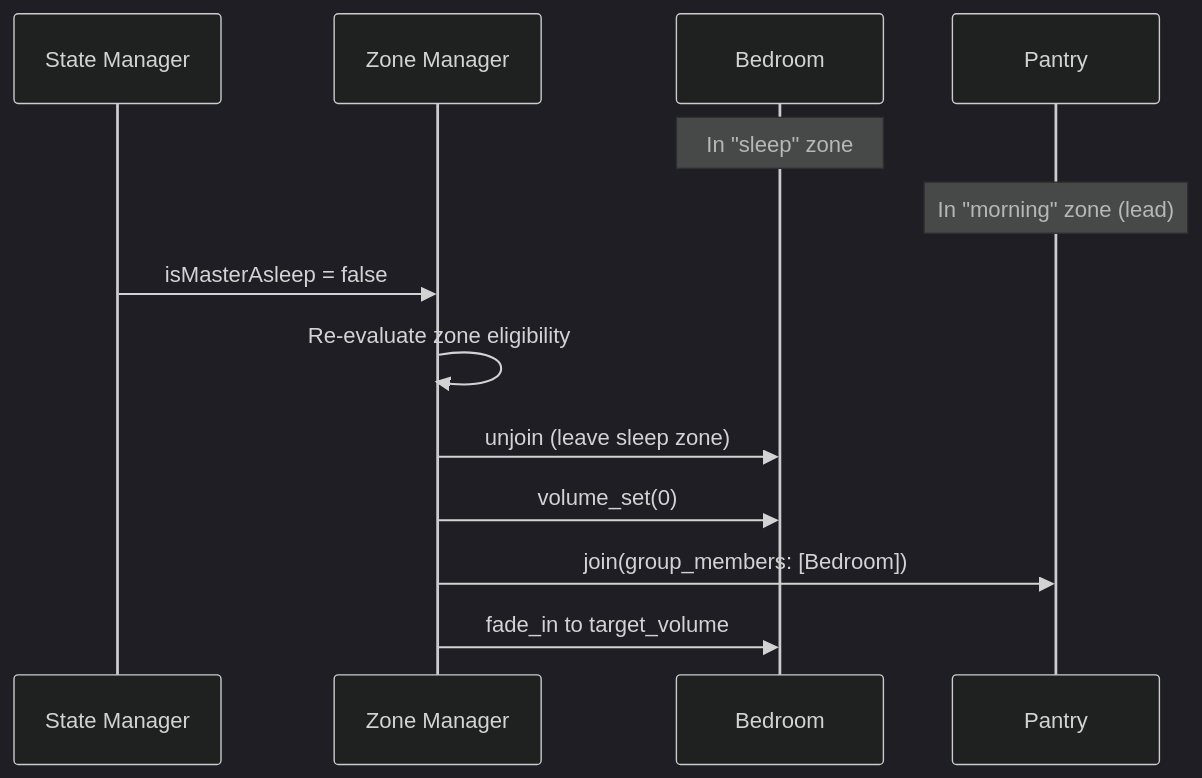
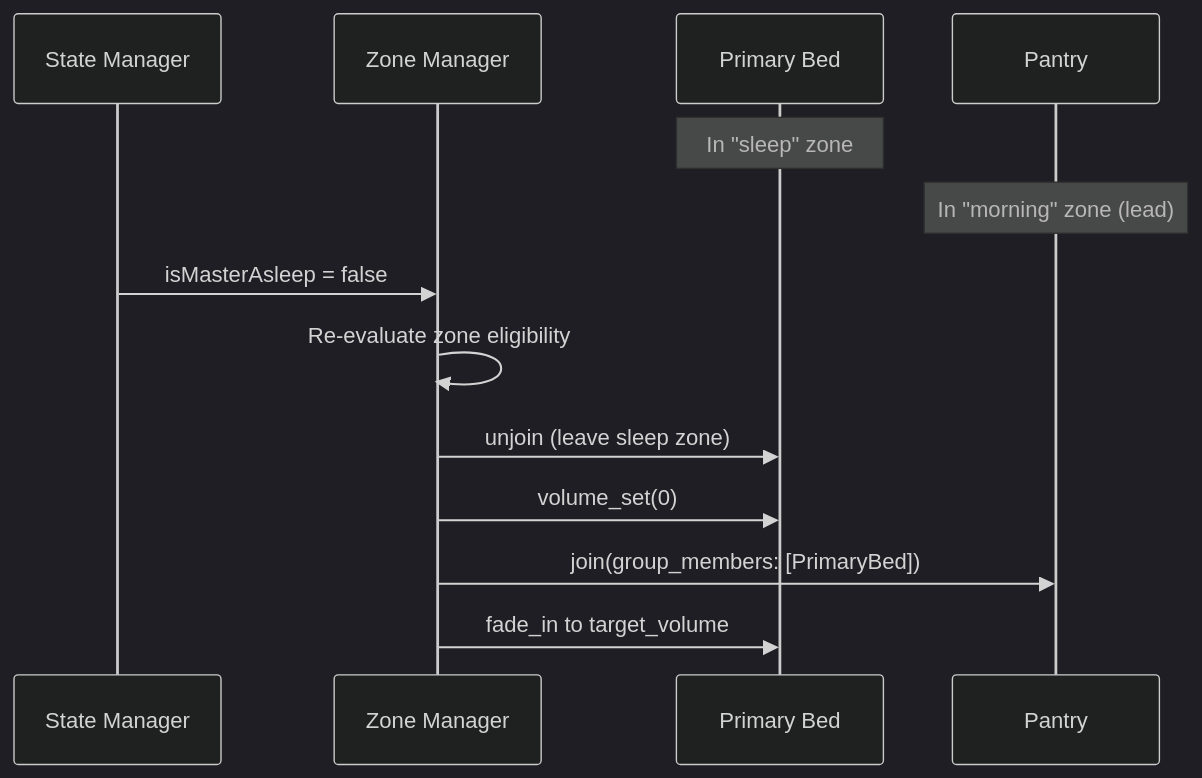
The third of 4 diagrams in docs/architecture/MULTI_ZONE_MUSIC.md (NickBorgers/home-automation), drawn with Mermaid (dark theme) before and after one commit. The commit also changed other lines of this file and 40 other files, not shown here.

````diff
--- a/docs/architecture/MULTI_ZONE_MUSIC.md
+++ b/docs/architecture/MULTI_ZONE_MUSIC.md
@@ -206,17 +206,17 @@
 ```mermaid
 sequenceDiagram
     participant SM as State Manager
     participant ZM as Zone Manager
-    participant Bedroom
+    participant PrimaryBed as Primary Bed
     participant Pantry
 
-    Note over Bedroom: In "sleep" zone
+    Note over PrimaryBed: In "sleep" zone
     Note over Pantry: In "morning" zone (lead)
 
     SM->>ZM: isMasterAsleep = false
     ZM->>ZM: Re-evaluate zone eligibility
-    ZM->>Bedroom: unjoin (leave sleep zone)
-    ZM->>Bedroom: volume_set(0)
-    ZM->>Pantry: join(group_members: [Bedroom])
-    ZM->>Bedroom: fade_in to target_volume
+    ZM->>PrimaryBed: unjoin (leave sleep zone)
+    ZM->>PrimaryBed: volume_set(0)
+    ZM->>Pantry: join(group_members: [PrimaryBed])
+    ZM->>PrimaryBed: fade_in to target_volume
 ```
````
